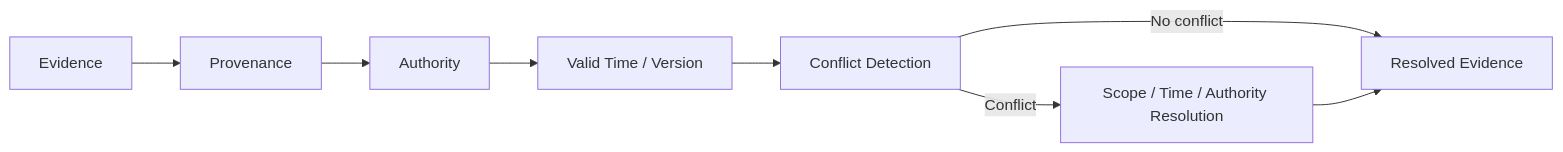
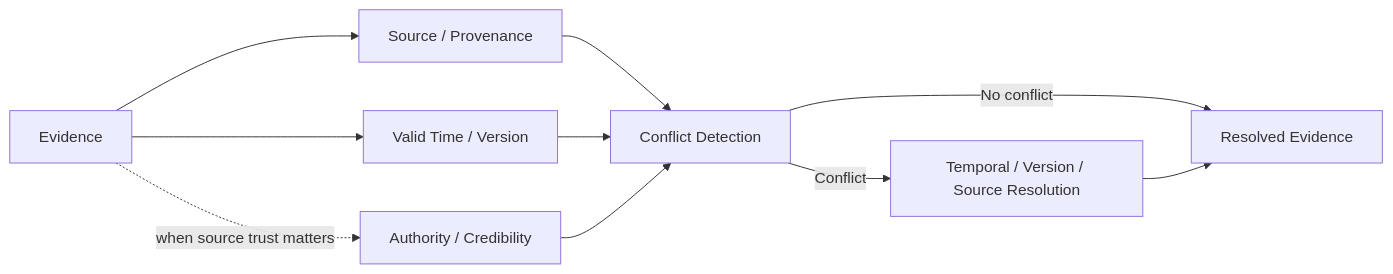
Before and after one commit to Cycl0n3-ga/RAG-survey: the diagram in 02 - 研究領域專題 (Research Domains)/Domain 08 - Temporal Conflict & Provenance Resolution.md, drawn with Mermaid. The commit also changed 3 other files, not shown here.

Commit message:
fix(integrity): resolve metadata collision and D08 signal flow

````diff
--- a/02 - 研究領域專題 (Research Domains)/Domain 08 - Temporal Conflict & Provenance Resolution.md
+++ b/02 - 研究領域專題 (Research Domains)/Domain 08 - Temporal Conflict & Provenance Resolution.md
@@ -15,10 +15,12 @@
 ```mermaid
 flowchart LR
-    EV["Evidence"] --> P["Provenance"]
-    P --> A["Authority"]
-    A --> T["Valid Time / Version"]
-    T --> C["Conflict Detection"]
+    EV["Evidence"] --> P["Source / Provenance"]
+    EV --> T["Valid Time / Version"]
+    EV -. "when source trust matters" .-> A["Authority / Credibility"]
+    P --> C["Conflict Detection"]
+    T --> C
+    A --> C
     C -->|No conflict| OUT["Resolved Evidence"]
-    C -->|Conflict| R["Scope / Time / Authority Resolution"]
+    C -->|Conflict| R["Temporal / Version / Source Resolution"]
     R --> OUT
 ```
````
